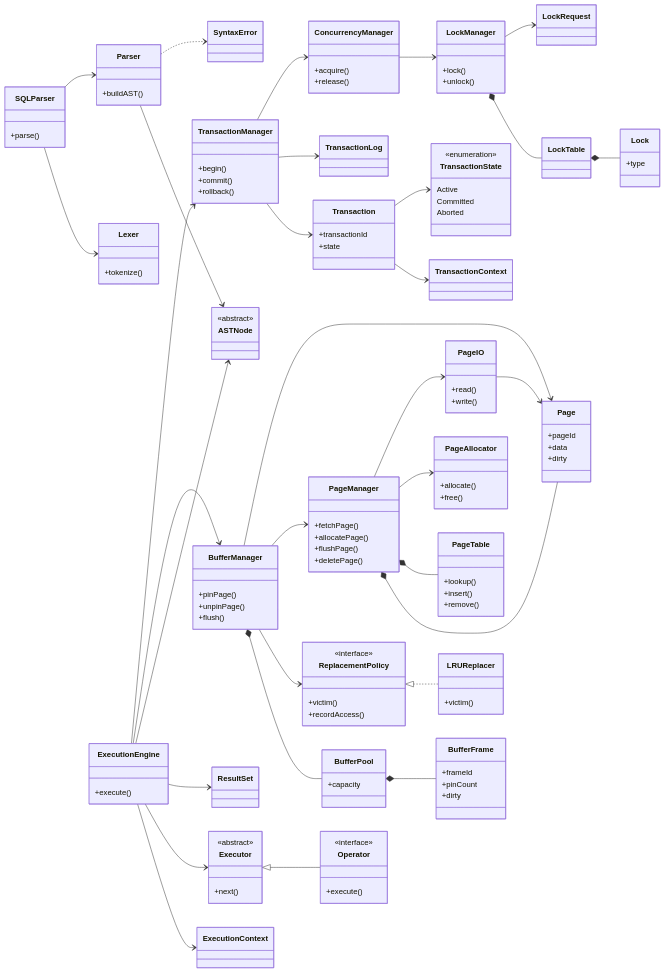
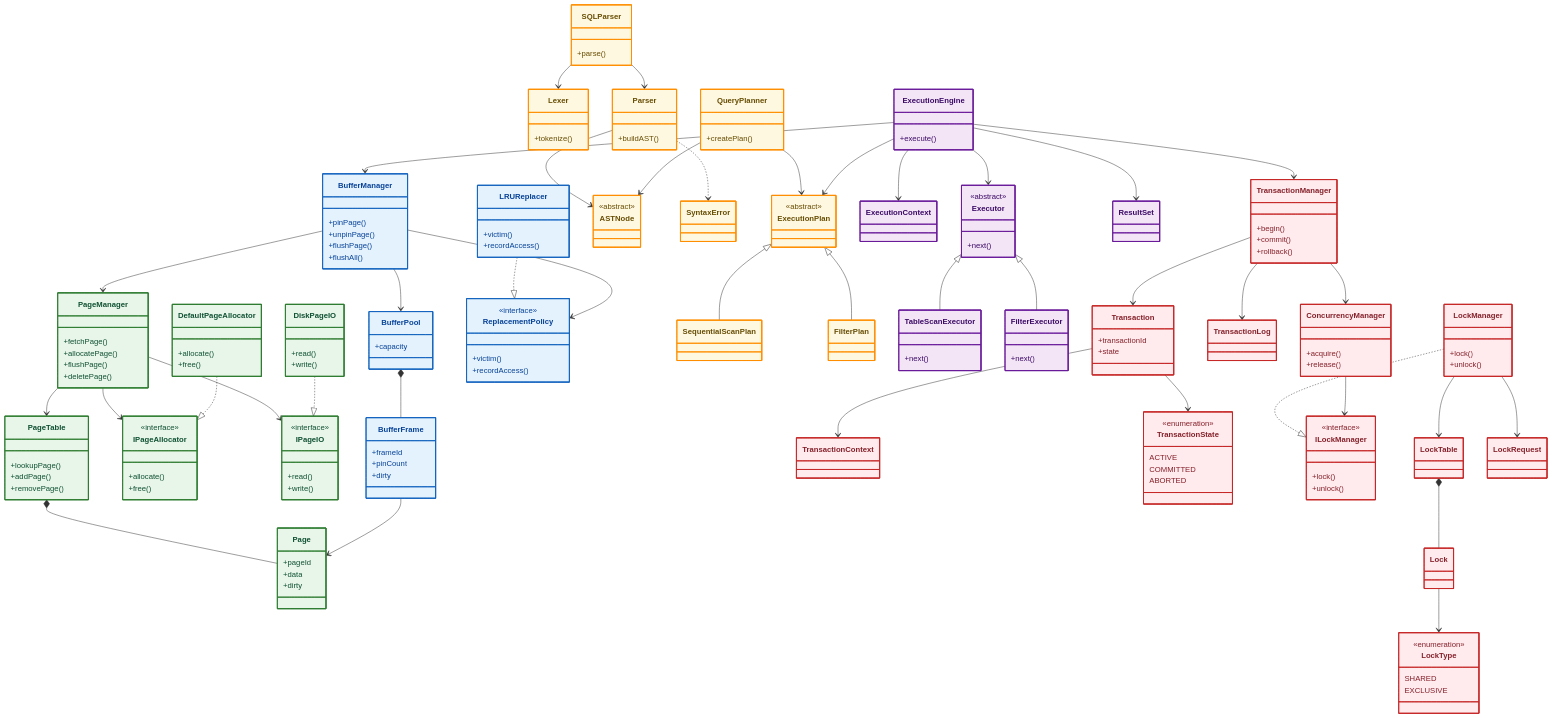
Before and after one commit to Huy1801214/dbms-architecture: the second of 2 diagrams in docs/README.md, drawn with Mermaid. The commit also changed other lines of this file and 84 other files, not shown here.

Commit message:
refactor class diagram base on SOLID and related class

````diff
--- a/docs/README.md
+++ b/docs/README.md
@@ -119,210 +119,265 @@
 ```mermaid
 classDiagram
-direction LR
+    direction TB
 
-%% =====================================================
-%% PAGE MANAGEMENT
-%% =====================================================
+    %% =====================================================
+    %% PAGE MANAGEMENT
+    %% =====================================================
+    class Page {
+        +pageId
+        +data
+        +dirty
+    }
+    class PageTable {
+        +lookupPage()
+        +addPage()
+        +removePage()
+    }
+    class PageManager {
+        +fetchPage()
+        +allocatePage()
+        +flushPage()
+        +deletePage()
+    }
+    class IPageAllocator {
+        <<interface>>
+        +allocate()
+        +free()
+    }
+    class DefaultPageAllocator {
+        +allocate()
+        +free()
+    }
+    class IPageIO {
+        <<interface>>
+        +read()
+        +write()
+    }
+    class DiskPageIO {
+        +read()
+        +write()
+    }
 
-class PageManager {
-    +fetchPage()
-    +allocatePage()
-    +flushPage()
-    +deletePage()
-}
+    PageTable *-- Page
+    PageManager --> PageTable
+    PageManager --> IPageAllocator
+    PageManager --> IPageIO
+    DefaultPageAllocator ..|> IPageAllocator
+    DiskPageIO ..|> IPageIO
 
-class Page {
-    +pageId
-    +data
-    +dirty
-}
+    %% =====================================================
+    %% BUFFER MANAGEMENT
+    %% =====================================================
+    class BufferFrame {
+        +frameId
+        +pinCount
+        +dirty
+    }
+    class BufferPool {
+        +capacity
+    }
+    class ReplacementPolicy {
+        <<interface>>
+        +victim()
+        +recordAccess()
+    }
+    class LRUReplacer {
+        +victim()
+        +recordAccess()
+    }
+    class BufferManager {
+        +pinPage()
+        +unpinPage()
+        +flushPage()
+        +flushAll()
+    }
 
-class PageTable {
-    +lookup()
-    +insert()
-    +remove()
-}
+    BufferPool *-- BufferFrame
+    LRUReplacer ..|> ReplacementPolicy
+    BufferManager --> BufferPool
+    BufferManager --> ReplacementPolicy
+    BufferManager --> PageManager
+    BufferFrame --> Page
 
-class PageAllocator {
-    +allocate()
-    +free()
-}
+    %% =====================================================
+    %% SQL PARSER
+    %% =====================================================
+    class SQLParser {
+        +parse()
+    }
+    class Lexer {
+        +tokenize()
+    }
+    class Parser {
+        +buildAST()
+    }
+    class ASTNode {
+        <<abstract>>
+    }
+    class SyntaxError
 
-class PageIO {
-    +read()
-    +write()
-}
+    SQLParser --> Lexer
+    SQLParser --> Parser
+    Parser --> ASTNode
+    Parser ..> SyntaxError
 
-PageManager *-- Page
-PageManager *-- PageTable
-PageManager --> PageAllocator
-PageManager --> PageIO
+    %% =====================================================
+    %% QUERY PLANNER
+    %% =====================================================
+    class QueryPlanner {
+        +createPlan()
+    }
+    class ExecutionPlan {
+        <<abstract>>
+    }
+    class SequentialScanPlan
+    class FilterPlan
 
-%% =====================================================
-%% BUFFER MANAGEMENT
-%% =====================================================
+    ExecutionPlan <|-- SequentialScanPlan
+    ExecutionPlan <|-- FilterPlan
+    QueryPlanner --> ASTNode
+    QueryPlanner --> ExecutionPlan
 
-class BufferManager {
-    +pinPage()
-    +unpinPage()
-    +flush()
-}
+    %% =====================================================
+    %% EXECUTION ENGINE
+    %% =====================================================
+    class ExecutionEngine {
+        +execute()
+    }
+    class ExecutionContext
+    class Executor {
+        <<abstract>>
+        +next()
+    }
+    class TableScanExecutor {
+        +next()
+    }
+    class FilterExecutor {
+        +next()
+    }
+    class ResultSet
 
-class BufferPool {
-    +capacity
-}
+    Executor <|-- TableScanExecutor
+    Executor <|-- FilterExecutor
+    ExecutionEngine --> ExecutionContext
+    ExecutionEngine --> ExecutionPlan
+    ExecutionEngine --> Executor
+    ExecutionEngine --> ResultSet
 
-class BufferFrame {
-    +frameId
-    +pinCount
-    +dirty
-}
+    %% =====================================================
+    %% TRANSACTION
+    %% =====================================================
+    class TransactionManager {
+        +begin()
+        +commit()
+        +rollback()
+    }
+    class Transaction {
+        +transactionId
+        +state
+    }
+    class TransactionContext
+    class TransactionState {
+        <<enumeration>>
+        ACTIVE
+        COMMITTED
+        ABORTED
+    }
+    class TransactionLog
 
-class ReplacementPolicy {
-    <<interface>>
-    +victim()
-    +recordAccess()
-}
+    Transaction --> TransactionContext
+    Transaction --> TransactionState
+    TransactionManager --> Transaction
+    TransactionManager --> TransactionLog
 
-class LRUReplacer {
-    +victim()
-}
+    %% =====================================================
+    %% CONCURRENCY
+    %% =====================================================
+    class ConcurrencyManager {
+        +acquire()
+        +release()
+    }
+    class ILockManager {
+        <<interface>>
+        +lock()
+        +unlock()
+    }
+    class LockManager {
+        +lock()
+        +unlock()
+    }
+    class LockTable
+    class Lock
+    class LockRequest
+    class LockType {
+        <<enumeration>>
+        SHARED
+        EXCLUSIVE
+    }
 
-BufferManager *-- BufferPool
-BufferPool *-- BufferFrame
+    Lock --> LockType
+    LockTable *-- Lock
+    LockManager ..|> ILockManager
+    ConcurrencyManager --> ILockManager
+    LockManager --> LockTable
+    LockManager --> LockRequest
 
-ReplacementPolicy <|.. LRUReplacer
+    %% =====================================================
+    %% CROSS MODULE DEPENDENCIES
+    %% =====================================================
+    ExecutionEngine --> BufferManager
+    ExecutionEngine --> TransactionManager
+    TransactionManager --> ConcurrencyManager
 
-BufferManager --> ReplacementPolicy
-BufferManager --> PageManager
+    %% =====================================================
+    %% STYLING DEFINITIONS (COLOR-CODED BY MODULE)
+    %% =====================================================
+    %% Page Management (Green)
+    style Page fill:#e8f5e9,stroke:#2e7d32,stroke-width:2px,color:#0f5132
+    style PageTable fill:#e8f5e9,stroke:#2e7d32,stroke-width:2px,color:#0f5132
+    style PageManager fill:#e8f5e9,stroke:#2e7d32,stroke-width:2px,color:#0f5132
+    style IPageAllocator fill:#e8f5e9,stroke:#2e7d32,stroke-width:2px,color:#0f5132
+    style DefaultPageAllocator fill:#e8f5e9,stroke:#2e7d32,stroke-width:2px,color:#0f5132
+    style IPageIO fill:#e8f5e9,stroke:#2e7d32,stroke-width:2px,color:#0f5132
+    style DiskPageIO fill:#e8f5e9,stroke:#2e7d32,stroke-width:2px,color:#0f5132
 
-%% =====================================================
-%% SQL PARSER
-%% =====================================================
+    %% Buffer Management (Blue)
+    style BufferFrame fill:#e3f2fd,stroke:#1565c0,stroke-width:2px,color:#084298
+    style BufferPool fill:#e3f2fd,stroke:#1565c0,stroke-width:2px,color:#084298
+    style ReplacementPolicy fill:#e3f2fd,stroke:#1565c0,stroke-width:2px,color:#084298
+    style LRUReplacer fill:#e3f2fd,stroke:#1565c0,stroke-width:2px,color:#084298
+    style BufferManager fill:#e3f2fd,stroke:#1565c0,stroke-width:2px,color:#084298
 
-class SQLParser {
-    +parse()
-}
+    %% Parser & Query Planner (Yellow/Orange)
+    style SQLParser fill:#fff8e1,stroke:#ff8f00,stroke-width:2px,color:#664d03
+    style Lexer fill:#fff8e1,stroke:#ff8f00,stroke-width:2px,color:#664d03
+    style Parser fill:#fff8e1,stroke:#ff8f00,stroke-width:2px,color:#664d03
+    style ASTNode fill:#fff8e1,stroke:#ff8f00,stroke-width:2px,color:#664d03
+    style SyntaxError fill:#fff8e1,stroke:#ff8f00,stroke-width:2px,color:#664d03
+    style QueryPlanner fill:#fff8e1,stroke:#ff8f00,stroke-width:2px,color:#664d03
+    style ExecutionPlan fill:#fff8e1,stroke:#ff8f00,stroke-width:2px,color:#664d03
+    style SequentialScanPlan fill:#fff8e1,stroke:#ff8f00,stroke-width:2px,color:#664d03
+    style FilterPlan fill:#fff8e1,stroke:#ff8f00,stroke-width:2px,color:#664d03
 
-class Lexer {
-    +tokenize()
-}
+    %% Execution Engine (Purple)
+    style ExecutionEngine fill:#f3e5f5,stroke:#6a1b9a,stroke-width:2px,color:#3b0a66
+    style ExecutionContext fill:#f3e5f5,stroke:#6a1b9a,stroke-width:2px,color:#3b0a66
+    style Executor fill:#f3e5f5,stroke:#6a1b9a,stroke-width:2px,color:#3b0a66
+    style TableScanExecutor fill:#f3e5f5,stroke:#6a1b9a,stroke-width:2px,color:#3b0a66
+    style FilterExecutor fill:#f3e5f5,stroke:#6a1b9a,stroke-width:2px,color:#3b0a66
+    style ResultSet fill:#f3e5f5,stroke:#6a1b9a,stroke-width:2px,color:#3b0a66
 
-class Parser {
-    +buildAST()
-}
-
-class ASTNode {
-    <<abstract>>
-}
-
-class SyntaxError
-
-SQLParser --> Lexer
-SQLParser --> Parser
-Parser --> ASTNode
-Parser ..> SyntaxError
-
-%% =====================================================
-%% EXECUTION ENGINE
-%% =====================================================
-
-class ExecutionEngine {
-    +execute()
-}
-
-class ExecutionContext
-
-class Executor {
-    <<abstract>>
-    +next()
-}
-
-class Operator {
-    <<interface>>
-    +execute()
-}
-
-class ResultSet
-
-ExecutionEngine --> ExecutionContext
-ExecutionEngine --> Executor
-
-Executor <|-- Operator
-
-ExecutionEngine --> ResultSet
-ExecutionEngine --> ASTNode
-
-%% =====================================================
-%% TRANSACTION
-%% =====================================================
-
-class TransactionManager {
-    +begin()
-    +commit()
-    +rollback()
-}
-
-class Transaction {
-    +transactionId
-    +state
-}
-
-class TransactionContext
-
-class TransactionState {
-    <<enumeration>>
-    Active
-    Committed
-    Aborted
-}
-
-class TransactionLog
-
-TransactionManager --> Transaction
-Transaction --> TransactionContext
-Transaction --> TransactionState
-TransactionManager --> TransactionLog
-
-%% =====================================================
-%% CONCURRENCY
-%% =====================================================
-
-class ConcurrencyManager {
-    +acquire()
-    +release()
-}
-
-class LockManager {
-    +lock()
-    +unlock()
-}
-
-class Lock {
-    +type
-}
-
-class LockRequest
-
-class LockTable
-
-ConcurrencyManager --> LockManager
-
-LockManager *-- LockTable
-LockTable *-- Lock
-LockManager --> LockRequest
-
-%% =====================================================
-%% CROSS MODULE DEPENDENCIES
-%% =====================================================
-
-ExecutionEngine --> BufferManager
-ExecutionEngine --> TransactionManager
-
-TransactionManager --> ConcurrencyManager
-
-PageIO --> Page
-
-BufferManager --> Page
-
+    %% Transaction & Concurrency (Red/Coral)
+    style TransactionManager fill:#ffebee,stroke:#c62828,stroke-width:2px,color:#842029
+    style Transaction fill:#ffebee,stroke:#c62828,stroke-width:2px,color:#842029
+    style TransactionContext fill:#ffebee,stroke:#c62828,stroke-width:2px,color:#842029
+    style TransactionState fill:#ffebee,stroke:#c62828,stroke-width:2px,color:#842029
+    style TransactionLog fill:#ffebee,stroke:#c62828,stroke-width:2px,color:#842029
+    style ConcurrencyManager fill:#ffebee,stroke:#c62828,stroke-width:2px,color:#842029
+    style ILockManager fill:#ffebee,stroke:#c62828,stroke-width:2px,color:#842029
+    style LockManager fill:#ffebee,stroke:#c62828,stroke-width:2px,color:#842029
+    style LockTable fill:#ffebee,stroke:#c62828,stroke-width:2px,color:#842029
+    style Lock fill:#ffebee,stroke:#c62828,stroke-width:2px,color:#842029
+    style LockRequest fill:#ffebee,stroke:#c62828,stroke-width:2px,color:#842029
+    style LockType fill:#ffebee,stroke:#c62828,stroke-width:2px,color:#842029
 ```
````
